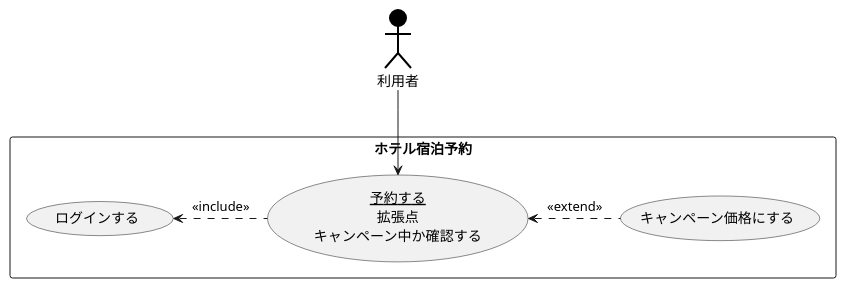
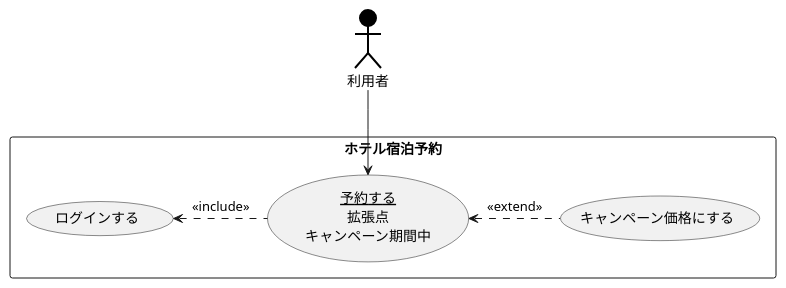
Before and after one commit to marute0215/uml-introduction: the diagram in 演習2-4_キャンペーン中のホテル宿泊予約.pu, drawn with PlantUML.

Commit message:
修正

```diff
--- a/演習2-4_キャンペーン中のホテル宿泊予約.pu
+++ b/演習2-4_キャンペーン中のホテル宿泊予約.pu
@@ -1,11 +1,11 @@
 @startuml ユースケース図
 actor 利用者 #000000;line:Black;line.bold;
 rectangle ホテル宿泊予約 {
 usecase ログインする
 usecase キャンペーン価格にする
-usecase (<u>予約する</u>\n拡張点\nキャンペーン中か確認する) as input
+usecase (<u>予約する</u>\n拡張点\nキャンペーン期間中) as input
 }
 利用者 -->input
 ログインする<. input: << include >>
 input <. (キャンペーン価格にする) : <<extend>>
 @enduml
```
